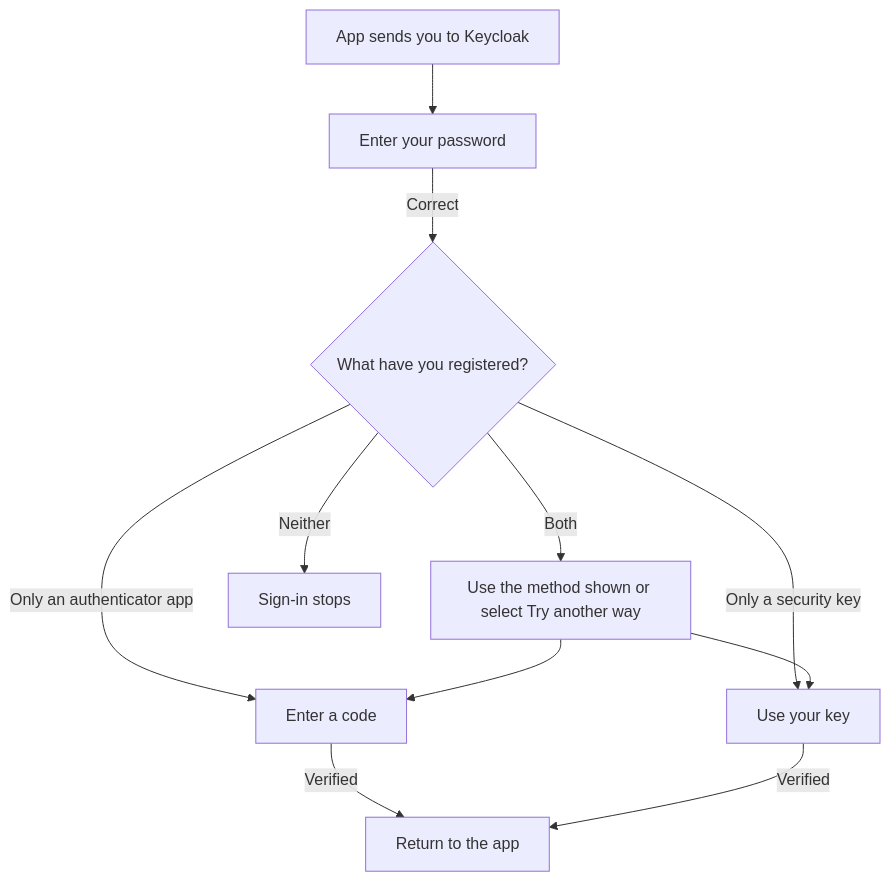
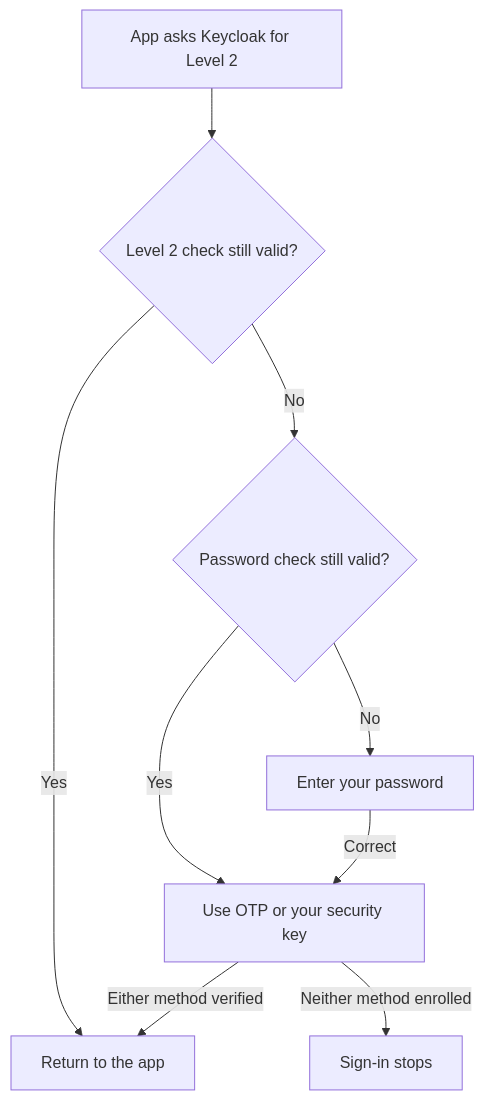
Before and after one commit to Quangsumi/k3s-homelab: the diagram in terraform/keycloak/mfa-browser/README.md, drawn with Mermaid. The commit also changed other lines of this file and 2 other files, not shown here.

Commit message:
Keep sign-in reuse and allow OTP at level two

````diff
--- a/terraform/keycloak/mfa-browser/README.md
+++ b/terraform/keycloak/mfa-browser/README.md
@@ -9,13 +10,11 @@
 ```mermaid
 flowchart TD
-    A[App sends you to Keycloak] --> B[Enter your password]
-    B -->|Correct| C{What have you registered?}
-    C -->|Only an authenticator app| D[Enter a code]
-    C -->|Only a security key| E[Use your key]
-    C -->|Both| F[Use the method shown or select Try another way]
-    C -->|Neither| G[Sign-in stops]
-    F --> D
-    F --> E
-    D -->|Verified| H[Return to the app]
-    E -->|Verified| H
+    A[App asks Keycloak for Level 2] --> B{Level 2 check still valid?}
+    B -->|Yes| F[Return to the app]
+    B -->|No| C{Password check still valid?}
+    C -->|No| D[Enter your password]
+    C -->|Yes| E[Use OTP or your security key]
+    D -->|Correct| E
+    E -->|Either method verified| F
+    E -->|Neither method enrolled| G[Sign-in stops]
 ```
````
